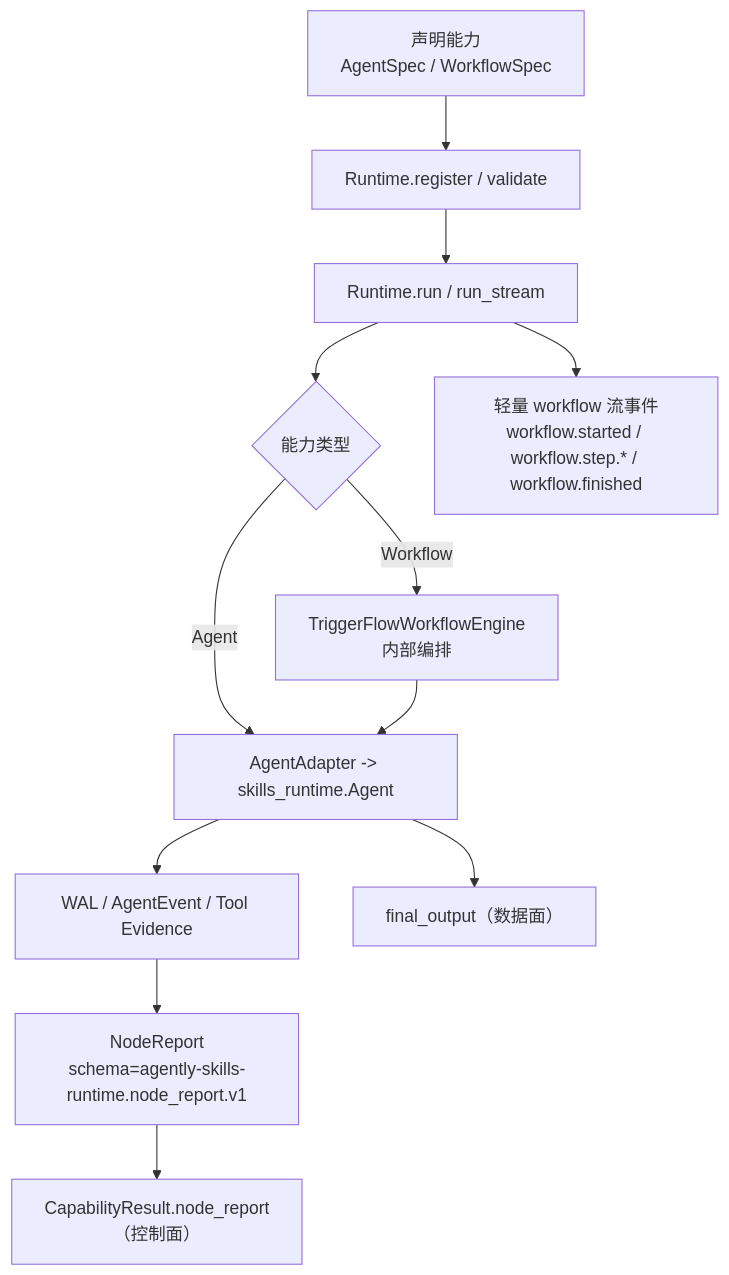
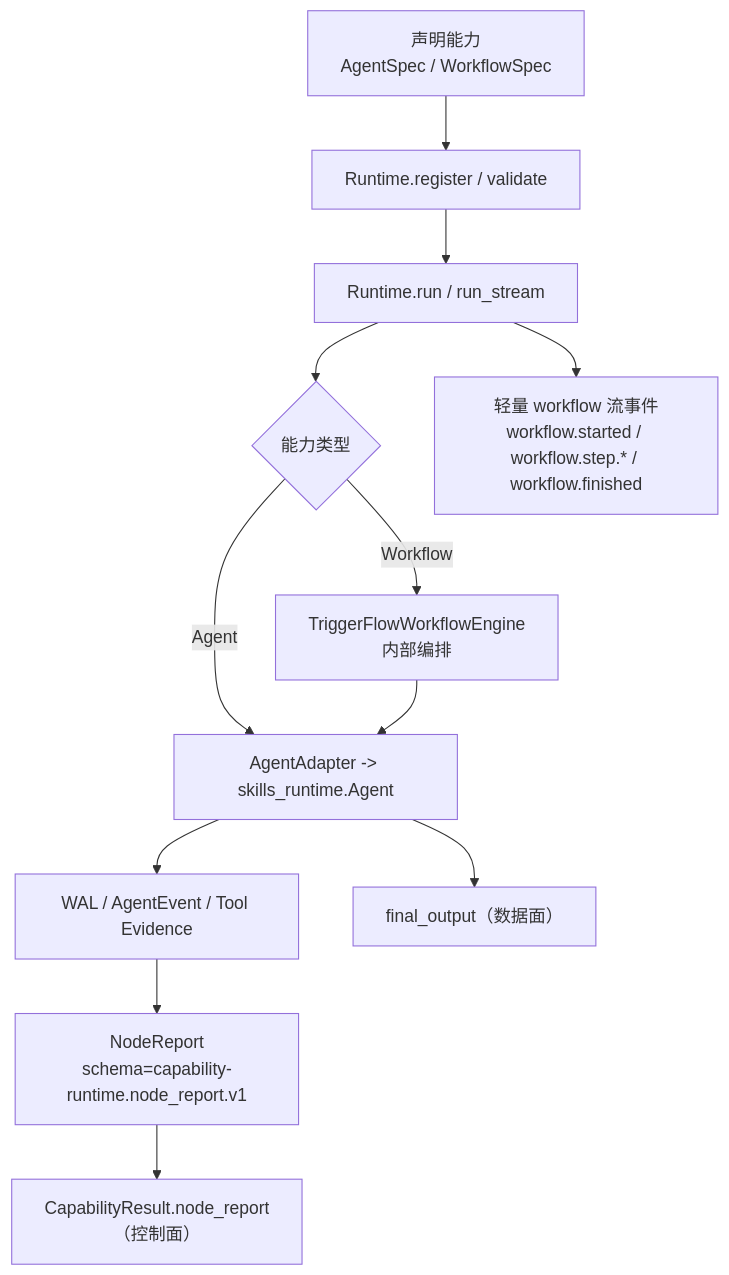
Before and after one commit to okwinds/capability-runtime: the first of 2 diagrams in README.md, drawn with Mermaid. The commit also changed other lines of this file, not shown here.

````diff
--- a/README.md
+++ b/README.md
@@ -48,14 +48,14 @@
 ```mermaid
 flowchart TD
   A[声明能力<br/>AgentSpec / WorkflowSpec] --> B[Runtime.register / validate]
   B --> C[Runtime.run / run_stream]
   C --> D{能力类型}
   D -->|Agent| E[AgentAdapter -> skills_runtime.Agent]
   D -->|Workflow| F[TriggerFlowWorkflowEngine<br/>内部编排]
   F --> E
   E --> G[WAL / AgentEvent / Tool Evidence]
-  G --> H[NodeReport<br/>schema=agently-skills-runtime.node_report.v1]
+  G --> H[NodeReport<br/>schema=capability-runtime.node_report.v1]
   C --> I[轻量 workflow 流事件<br/>workflow.started / workflow.step.* / workflow.finished]
   H --> J[CapabilityResult.node_report（控制面）]
   E --> K[final_output（数据面）]
 ```
````
